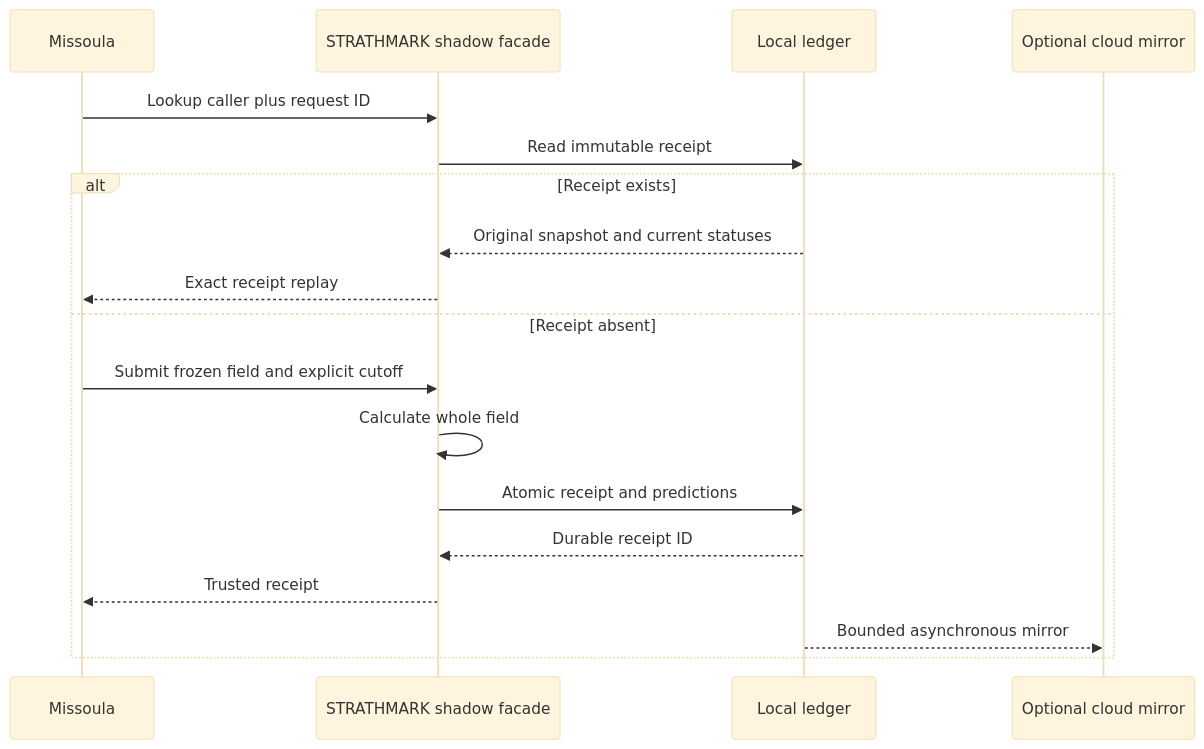
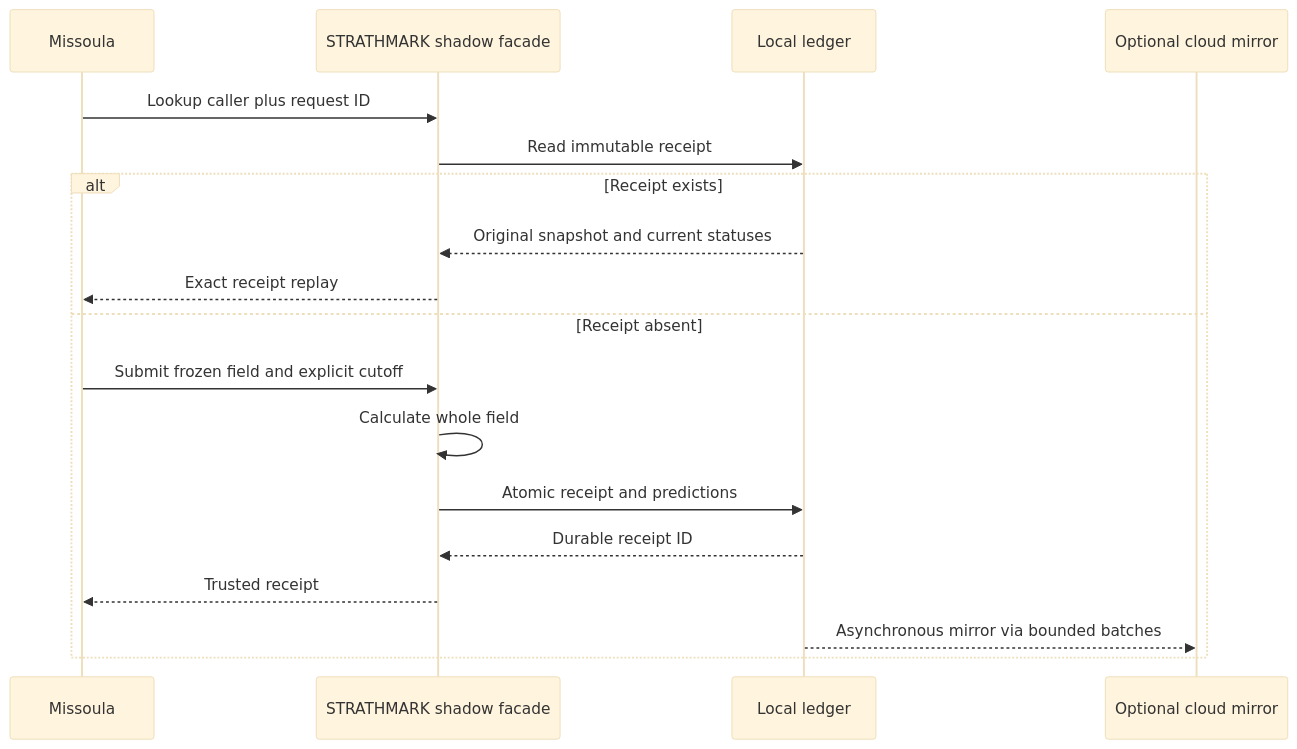
Before and after one commit to SquirmyWormy275/STRATHMARK: the third of 4 diagrams in docs/plans/2026-08-13-002-feat-shadow-handicap-operations-plan.md, drawn with Mermaid (base theme). The commit also changed other lines of this file and 41 other files, not shown here.

````diff
--- a/docs/plans/2026-08-13-002-feat-shadow-handicap-operations-plan.md
+++ b/docs/plans/2026-08-13-002-feat-shadow-handicap-operations-plan.md
@@ -512,20 +520,20 @@
 ```mermaid
 sequenceDiagram
     participant M as Missoula
     participant S as STRATHMARK shadow facade
     participant L as Local ledger
     participant C as Optional cloud mirror
     M->>S: Lookup caller plus request ID
     S->>L: Read immutable receipt
     alt Receipt exists
         L-->>S: Original snapshot and current statuses
         S-->>M: Exact receipt replay
     else Receipt absent
         M->>S: Submit frozen field and explicit cutoff
         S->>S: Calculate whole field
         S->>L: Atomic receipt and predictions
         L-->>S: Durable receipt ID
         S-->>M: Trusted receipt
-        L-->>C: Bounded asynchronous mirror
+        L-->>C: Asynchronous mirror via bounded batches
     end
 ```
````
